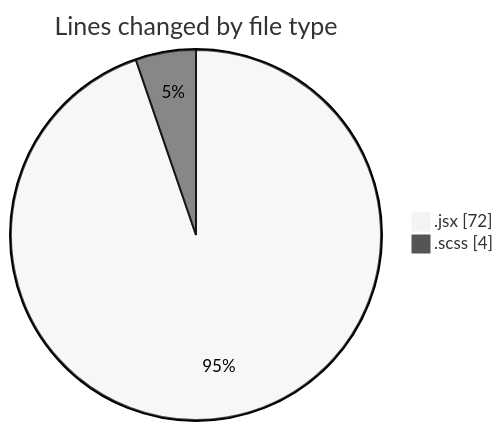
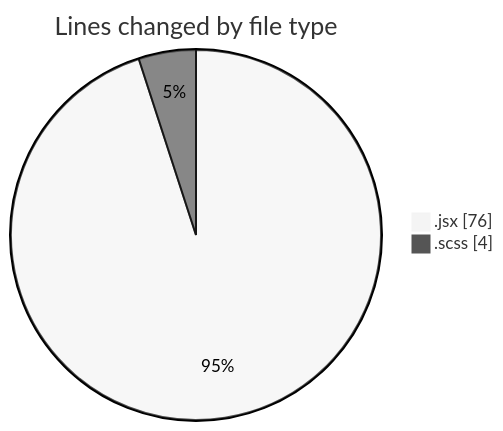
One commit to momahboobian/code-tracking changed the first of 2 diagrams in 2025-06-04/cda/README.md. Above: the diagram before and after it, drawn with Mermaid (neutral theme). The commit also changed other lines of this file and 1 other file, not shown here.

````diff
--- a/2025-06-04/cda/README.md
+++ b/2025-06-04/cda/README.md
@@ -22,6 +22,6 @@
 ```mermaid
 pie showData
 title Lines changed by file type
-".jsx" : 72
+".jsx" : 76
 ".scss" : 4
 ```
````
